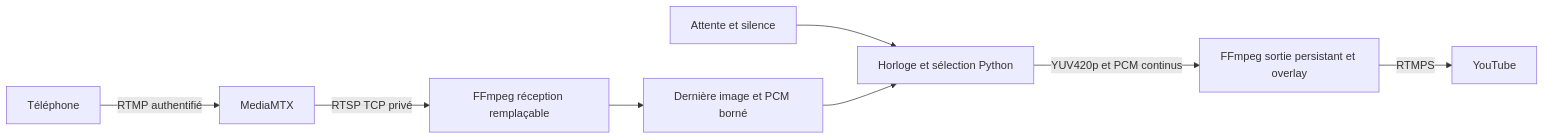
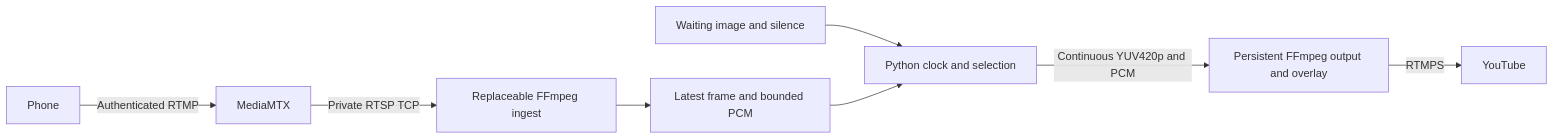
Before and after one commit to Monolithoid/streamEvent: the diagram in docs/architecture.md, drawn with Mermaid. The commit also changed other lines of this file and 7 other files, not shown here.

````diff
--- a/docs/architecture.md
+++ b/docs/architecture.md
@@ -19,10 +19,10 @@
 ```mermaid
 flowchart LR
-  P[Téléphone] -->|RTMP authentifié| M[MediaMTX]
-  M -->|RTSP TCP privé| D[FFmpeg réception remplaçable]
-  D --> V[Dernière image et PCM borné]
-  W[Attente et silence] --> C[Horloge et sélection Python]
+  P[Phone] -->|Authenticated RTMP| M[MediaMTX]
+  M -->|Private RTSP TCP| D[Replaceable FFmpeg ingest]
+  D --> V[Latest frame and bounded PCM]
+  W[Waiting image and silence] --> C[Python clock and selection]
   V --> C
-  C -->|YUV420p et PCM continus| E[FFmpeg sortie persistant et overlay]
+  C -->|Continuous YUV420p and PCM| E[Persistent FFmpeg output and overlay]
   E -->|RTMPS| Y[YouTube]
 ```
````
